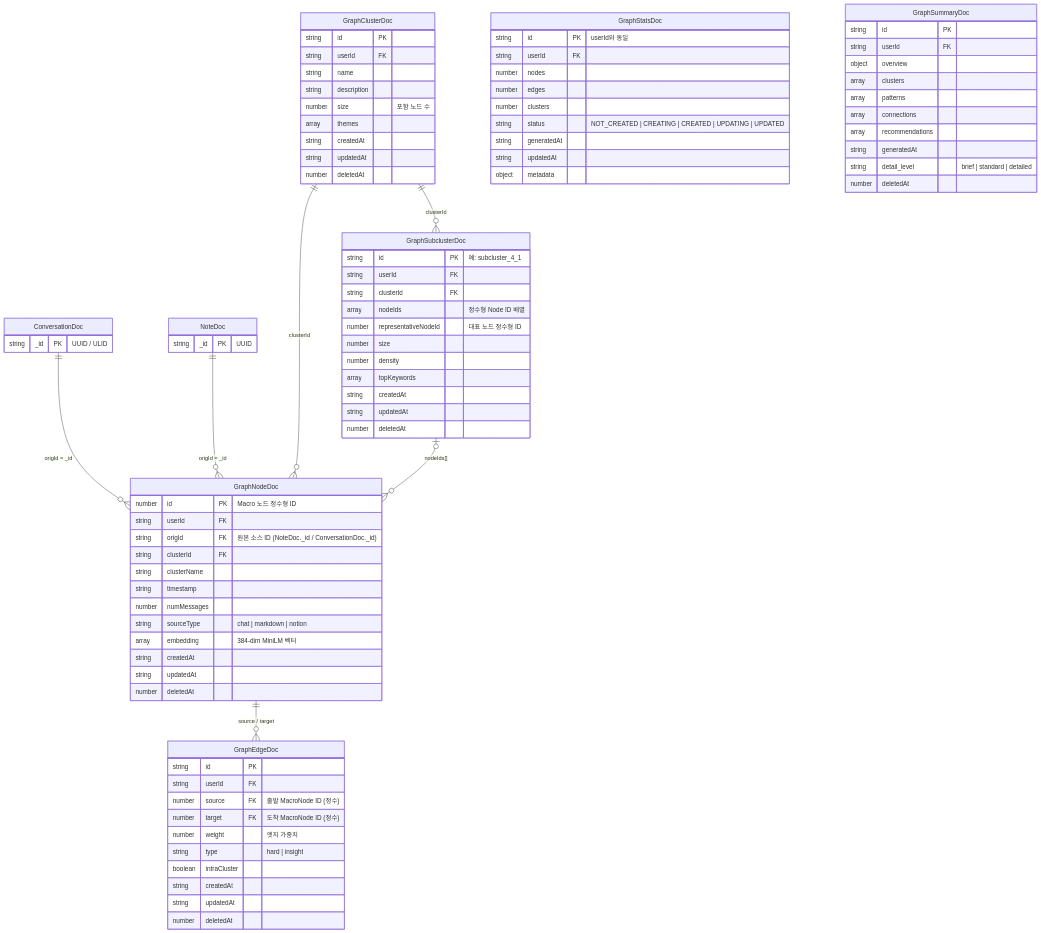
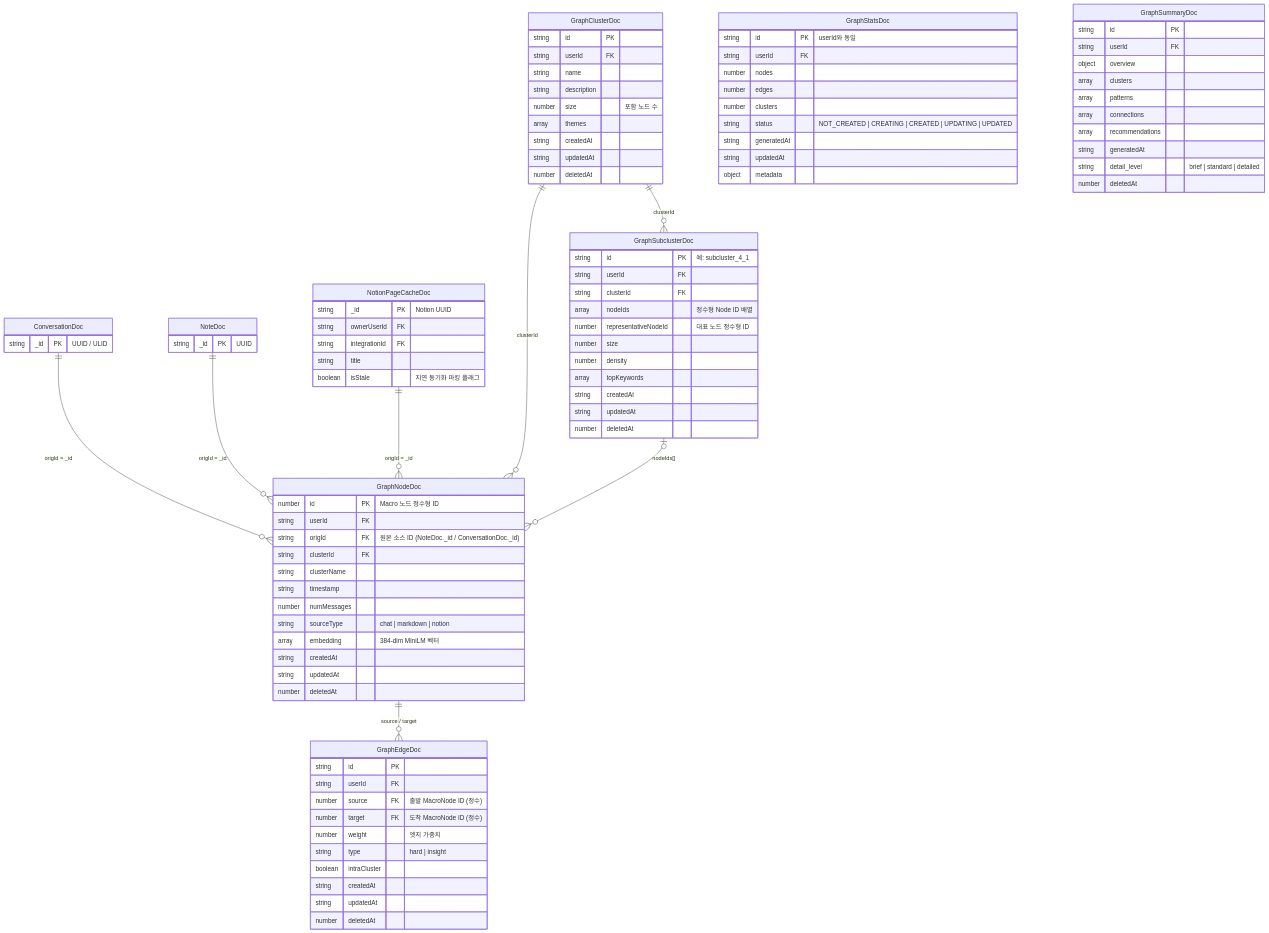
Before and after one commit to TACO-FOR-ALL/GraphNode_BE: the third of 4 diagrams in docs/architecture/DATABASE_ERD.md, drawn with Mermaid. The commit also changed 9 other files, not shown here.

```diff
--- a/docs/architecture/DATABASE_ERD.md
+++ b/docs/architecture/DATABASE_ERD.md
@@ -219,6 +219,14 @@
 
     NoteDoc {
         string _id PK "UUID"
+    }
+
+    NotionPageCacheDoc {
+        string _id PK "Notion UUID"
+        string ownerUserId FK
+        string integrationId FK
+        string title
+        boolean isStale "지연 동기화 마킹 플래그"
     }
 
     GraphNodeDoc {
@@ -302,6 +310,7 @@
 
     ConversationDoc ||--o{ GraphNodeDoc : "origId = _id"
     NoteDoc ||--o{ GraphNodeDoc : "origId = _id"
+    NotionPageCacheDoc ||--o{ GraphNodeDoc : "origId = _id"
 
     GraphNodeDoc ||--o{ GraphEdgeDoc : "source / target"
     GraphClusterDoc ||--o{ GraphSubclusterDoc : "clusterId"
```
